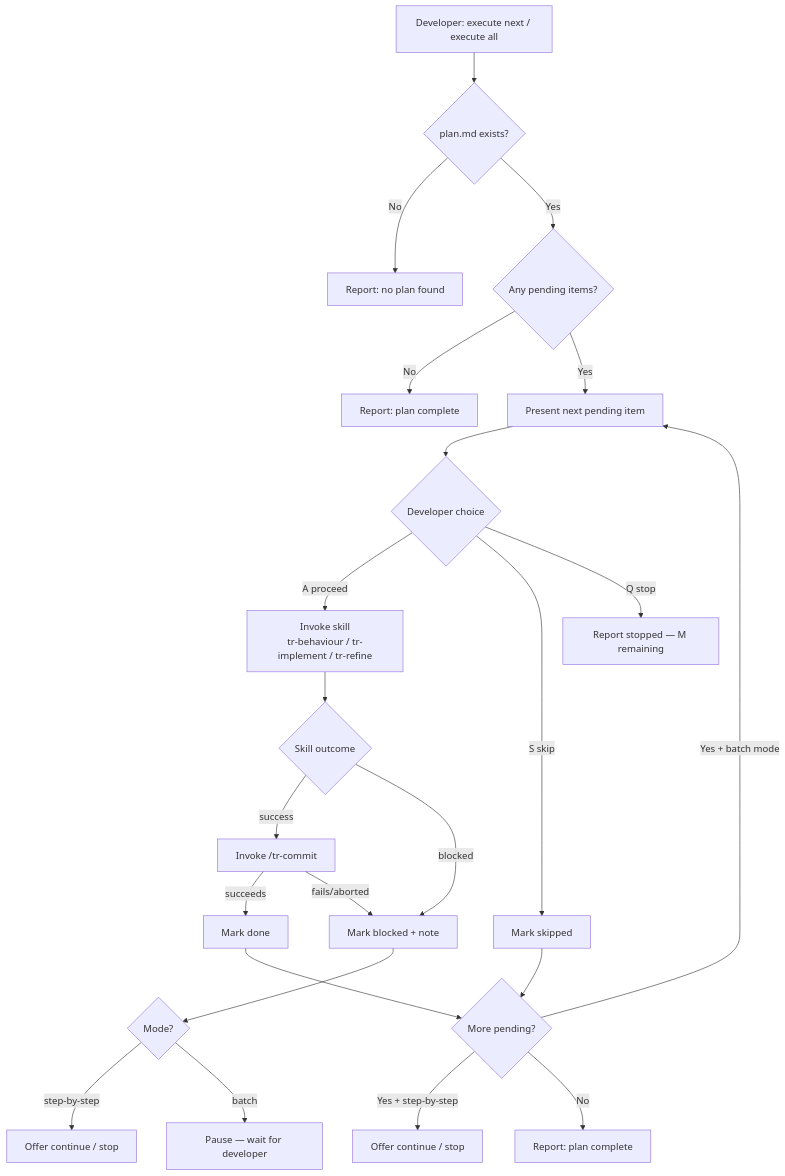
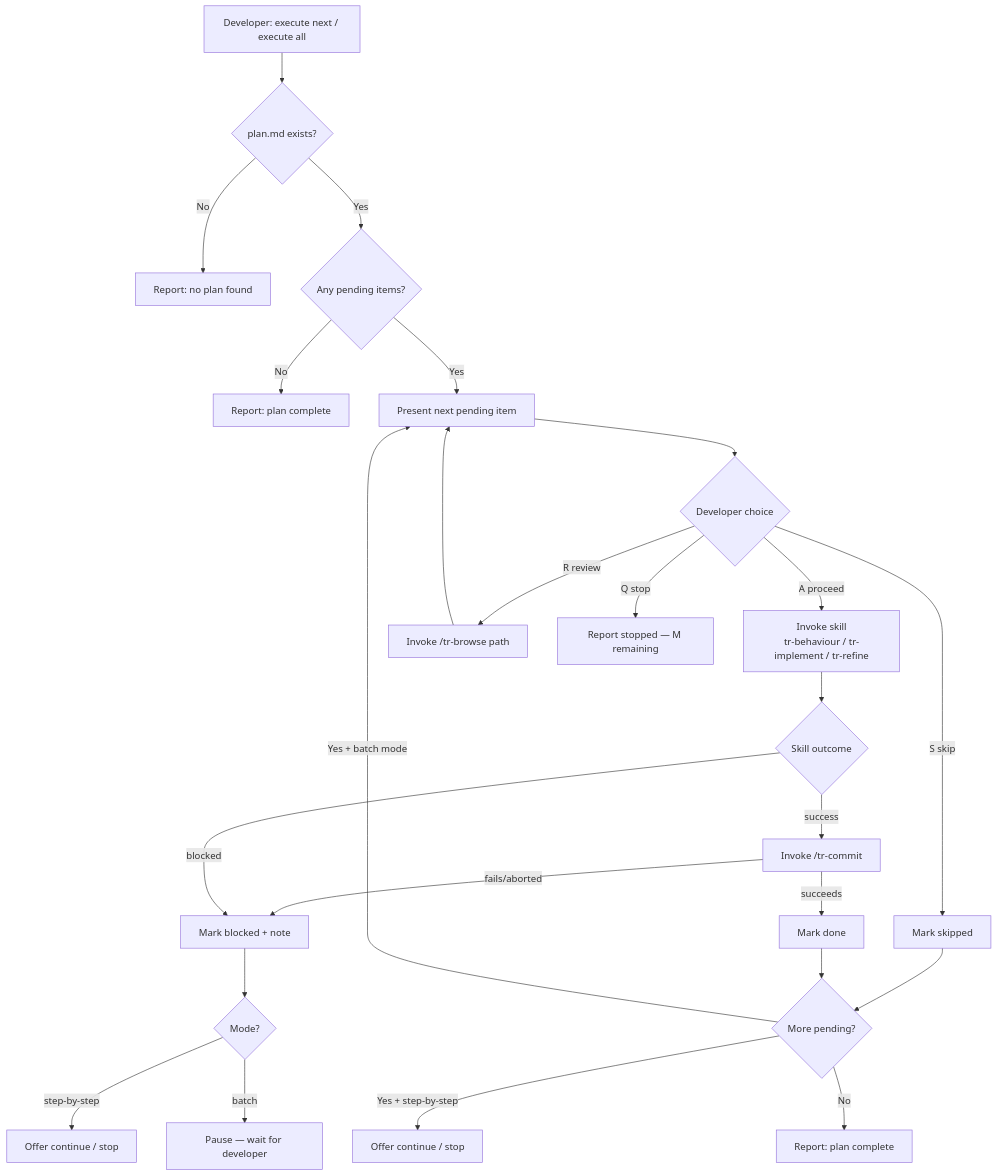
The diagram in taproot/specs/implementation-planning/execute-plan/usecase.md (imix/taproot), drawn with Mermaid before and after one commit. The commit also changed other lines of this file and 2 other files, not shown here.

Commit message:
taproot(implementation-planning/execute-plan): add [R] Review spec as first HITL option (AC-22)

````diff
--- a/taproot/specs/implementation-planning/execute-plan/usecase.md
+++ b/taproot/specs/implementation-planning/execute-plan/usecase.md
@@ -161,22 +174,23 @@
 ```mermaid
 flowchart TD
     A[Developer: execute next / execute all] --> B{plan.md exists?}
     B -->|No| C[Report: no plan found]
     B -->|Yes| D{Any pending items?}
     D -->|No| E[Report: plan complete]
     D -->|Yes| F[Present next pending item]
     F --> G{Developer choice}
     G -->|A proceed| H[Invoke skill\ntr-behaviour / tr-implement / tr-refine]
     G -->|S skip| I[Mark skipped] --> K
+    G -->|R review| T[Invoke /tr-browse path] --> F
     G -->|Q stop| J[Report stopped — M remaining]
     H --> L{Skill outcome}
     L -->|success| M1[Invoke /tr-commit]
     M1 -->|succeeds| M[Mark done] --> K
     M1 -->|fails/aborted| N[Mark blocked + note] --> O{Mode?}
     L -->|blocked| N
     O -->|step-by-step| P[Offer continue / stop]
     O -->|batch| Q[Pause — wait for developer]
     K{More pending?} -->|Yes + batch mode| F
     K -->|Yes + step-by-step| R[Offer continue / stop]
     K -->|No| S[Report: plan complete]
 ```
````
